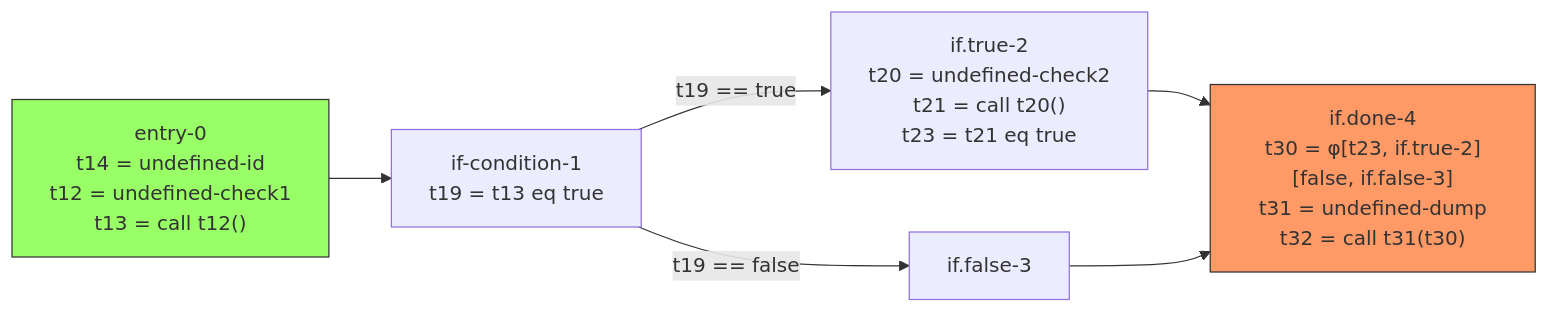
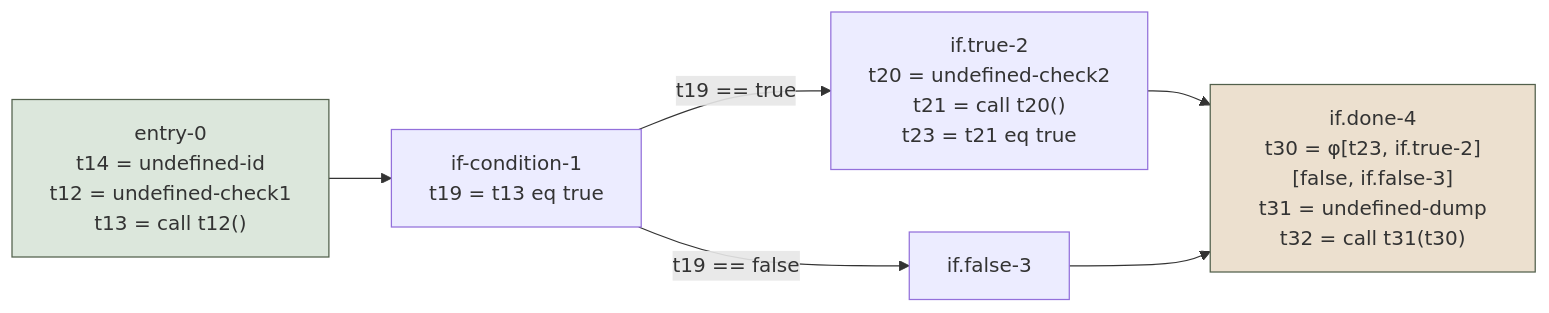
Diagram 22 of 22 in static-analysis-guide/ssa-for-advanced-language.mdx (yaklang/ssa.to), drawn with Mermaid before and after one commit. The commit also changed other lines of this file and 91 other files, not shown here.

````diff
--- a/static-analysis-guide/ssa-for-advanced-language.mdx
+++ b/static-analysis-guide/ssa-for-advanced-language.mdx
@@ -2138,14 +2146,14 @@
 ```mermaid
 graph LR
     Entry["entry-0<br/>t14 = undefined-id<br/>t12 = undefined-check1<br/>t13 = call t12()"] --> Condition["if-condition-1<br/>t19 = t13 eq true"]
     
     Condition -->|"t19 == true"| True["if.true-2<br/>t20 = undefined-check2<br/>t21 = call t20()<br/>t23 = t21 eq true"]
     Condition -->|"t19 == false"| False["if.false-3"]
     
     True --> Done["if.done-4<br/>t30 = φ[t23, if.true-2][false, if.false-3]<br/>t31 = undefined-dump<br/>t32 = call t31(t30)"]
     False --> Done
     
-    style Entry fill:#9f6,stroke:#333
-    style Done fill:#f96,stroke:#333
+    style Entry fill:#dce7dc,stroke:#52604c
+    style Done fill:#ece0cf,stroke:#52604c
 
 ```
````
